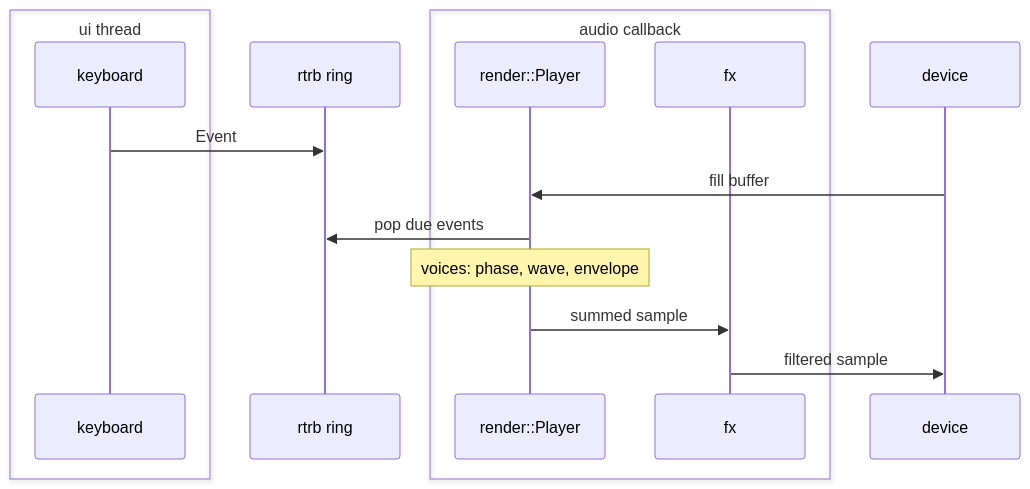
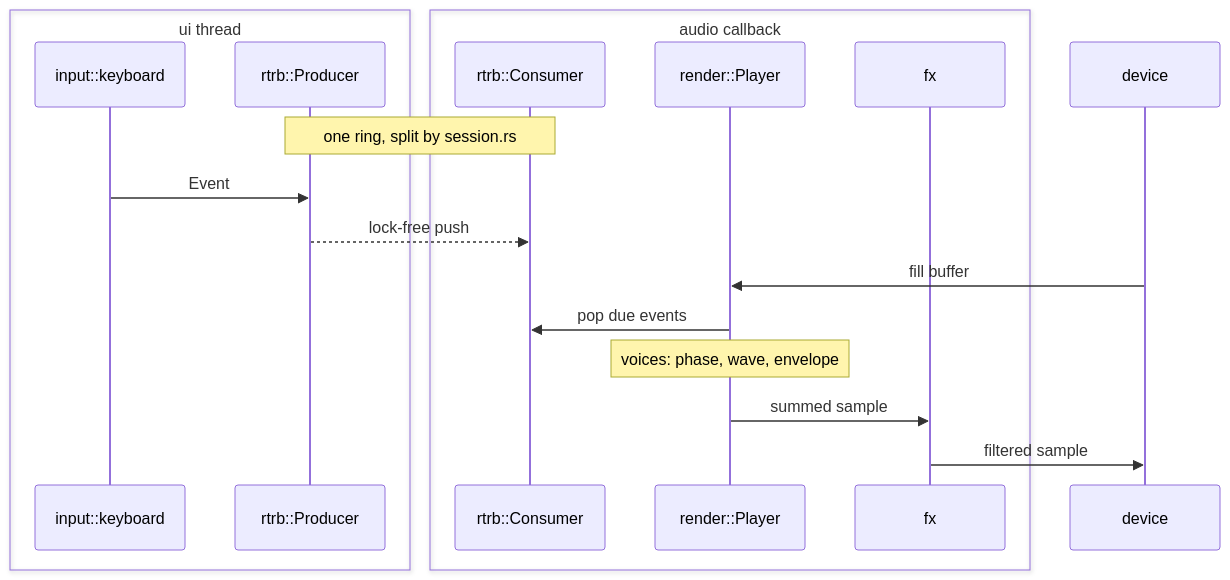
One commit to turkosaurus/synth changed the diagram in src/audio/README.md. Above: the diagram before and after it, drawn with Mermaid.

Commit message:
docs: show rtrb ends across the thread boundary

````diff
--- a/src/audio/README.md
+++ b/src/audio/README.md
@@ -9,19 +9,22 @@
 ```mermaid
 sequenceDiagram
     box ui thread
-        participant keyboard
+        participant keyboard as input::keyboard
+        participant tx as rtrb::Producer
     end
-    participant ring as rtrb ring
     box audio callback
+        participant rx as rtrb::Consumer
         participant player as render::Player
         participant fx
     end
     participant device
 
-    keyboard->>ring: Event
+    note over tx,rx: one ring, split by session.rs
+    keyboard->>tx: Event
+    tx-->>rx: lock-free push
     device->>player: fill buffer
-    player->>ring: pop due events
+    player->>rx: pop due events
     note over player: voices: phase, wave, envelope
     player->>fx: summed sample
     fx->>device: filtered sample
 ```
````
